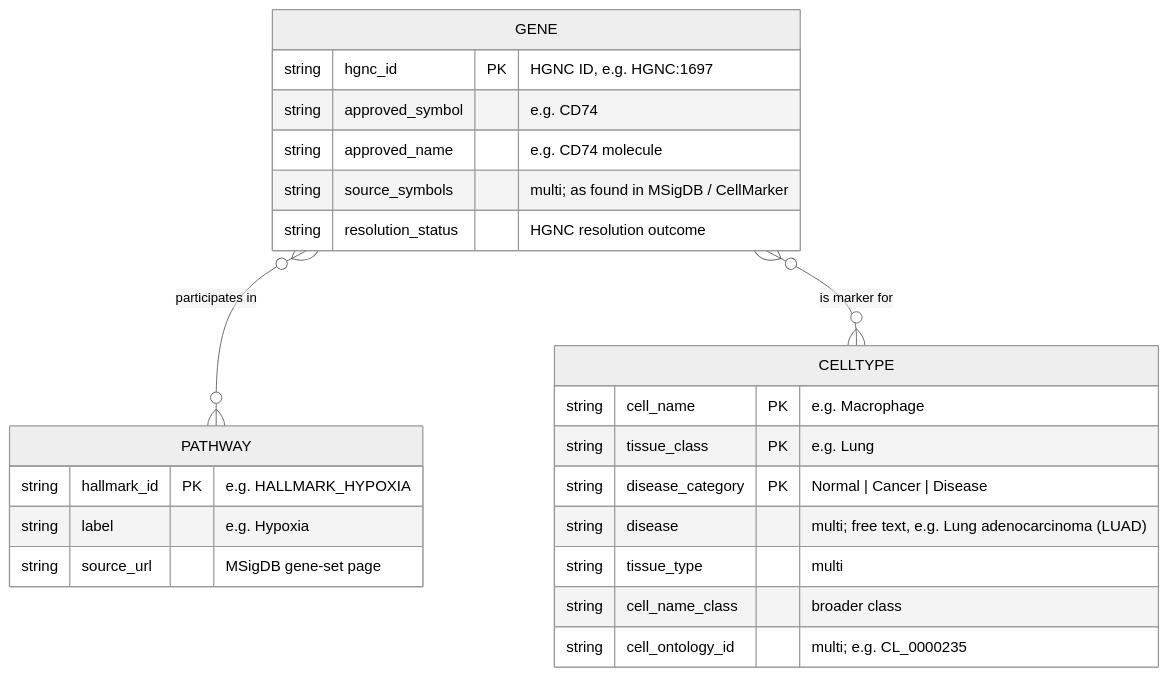
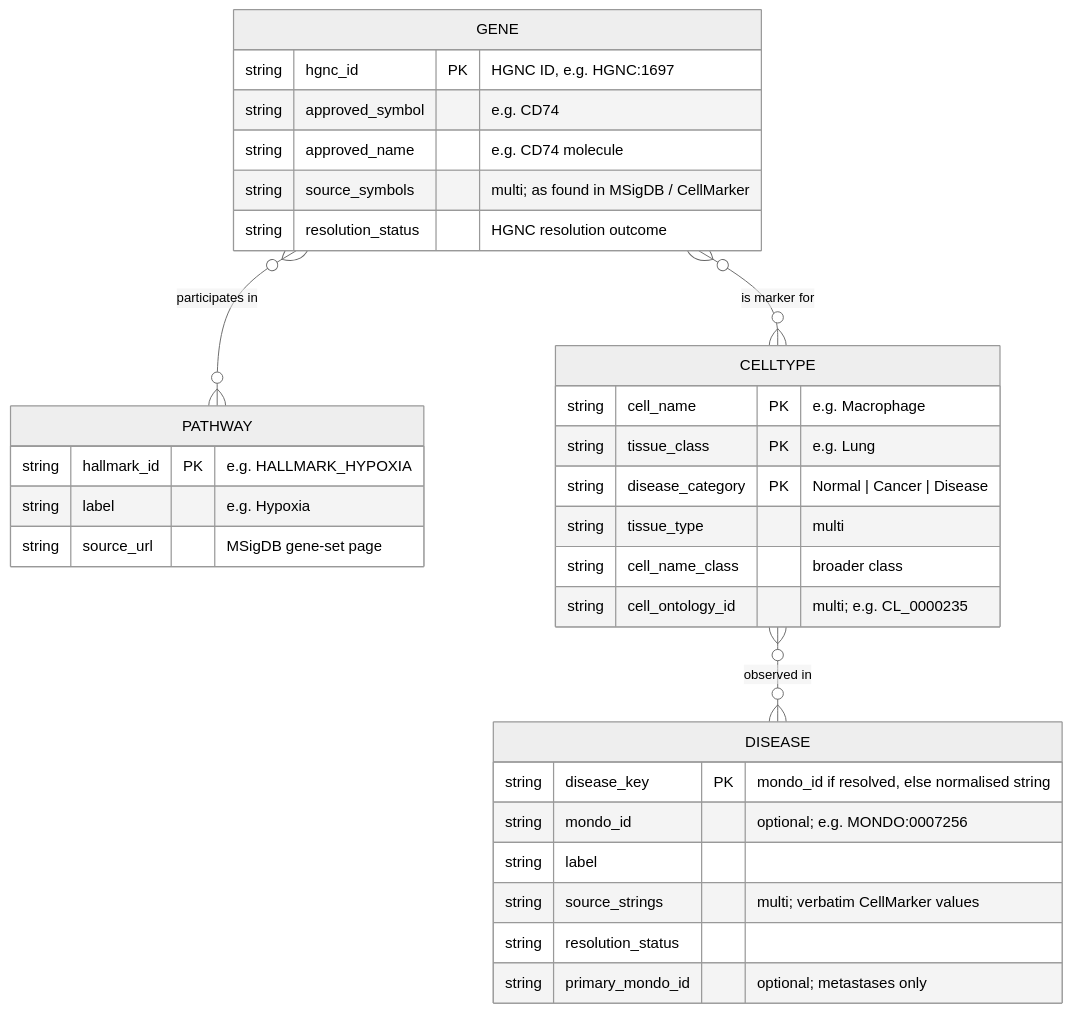
The diagram in Phase 1 - Purpose Definition/06_er_model.md (MurasakiSimema/spatial-pathway-kg), drawn with Mermaid (neutral theme) before and after one commit. The commit also changed other lines of this file and 19 other files, not shown here.

Commit message:
Phase 1: add Disease (MONDO) scope change

````diff
--- a/Phase 1 - Purpose Definition/06_er_model.md
+++ b/Phase 1 - Purpose Definition/06_er_model.md
@@ -11,27 +12,35 @@
 ```mermaid
 erDiagram
     GENE }o--o{ PATHWAY : "participates in"
     GENE }o--o{ CELLTYPE : "is marker for"
+    CELLTYPE }o--o{ DISEASE : "observed in"
 
     GENE {
         string hgnc_id PK "HGNC ID, e.g. HGNC:1697"
         string approved_symbol "e.g. CD74"
         string approved_name "e.g. CD74 molecule"
         string source_symbols "multi; as found in MSigDB / CellMarker"
         string resolution_status "HGNC resolution outcome"
     }
     PATHWAY {
         string hallmark_id PK "e.g. HALLMARK_HYPOXIA"
         string label "e.g. Hypoxia"
         string source_url "MSigDB gene-set page"
     }
     CELLTYPE {
         string cell_name PK "e.g. Macrophage"
         string tissue_class PK "e.g. Lung"
         string disease_category PK "Normal | Cancer | Disease"
-        string disease "multi; free text, e.g. Lung adenocarcinoma (LUAD)"
         string tissue_type "multi"
         string cell_name_class "broader class"
         string cell_ontology_id "multi; e.g. CL_0000235"
     }
+    DISEASE {
+        string disease_key PK "mondo_id if resolved, else normalised string"
+        string mondo_id "optional; e.g. MONDO:0007256"
+        string label
+        string source_strings "multi; verbatim CellMarker values"
+        string resolution_status
+        string primary_mondo_id "optional; metastases only"
+    }
 ```
````
